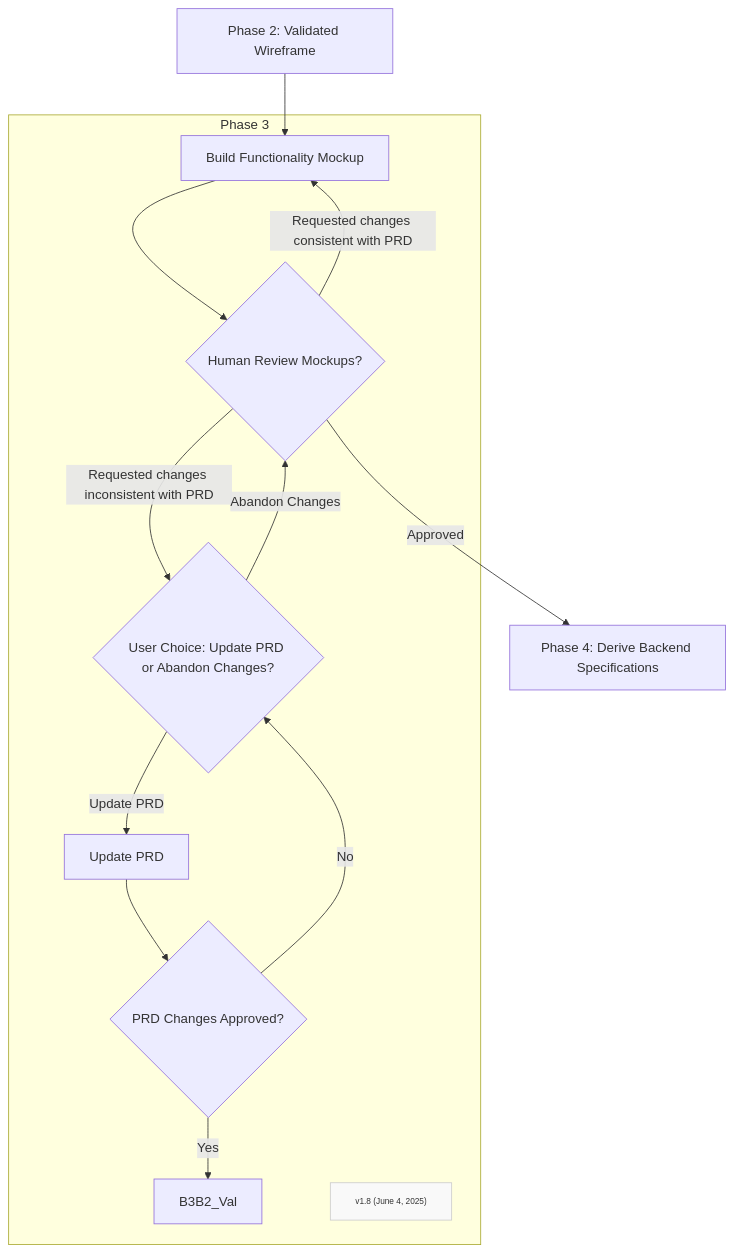
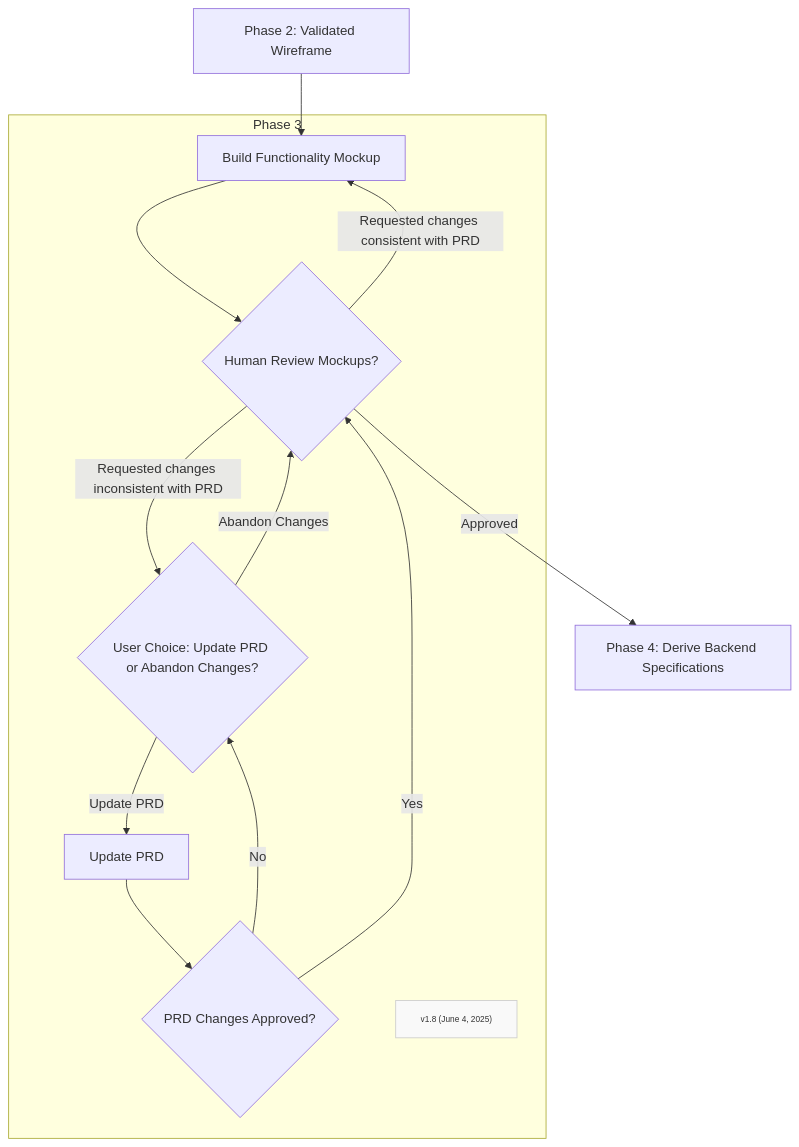
The diagram in Phases/FF-phase3.md (Mharbulous/Front-First-Method), drawn with Mermaid before and after one commit.

Commit message:
Refinement of phase 3 diagram

````diff
--- a/Phases/FF-phase3.md
+++ b/Phases/FF-phase3.md
@@ -2,23 +2,23 @@
 ```mermaid
 graph TD
     B1["Phase 2: Validated Wireframe"] --> B2["Build Functionality Mockup"]
 
     subgraph Phase3["Phase 3"]
         B2 --> B2_Val{"Human Review Mockups?"}
         
         B2_Val -->|Requested changes inconsistent with PRD| B2_User_Choice{"User Choice: Update PRD or Abandon Changes?"}
         B2_Val -->|Requested changes consistent with PRD| B2
 
         B2_User_Choice -->|Update PRD| B2_PRD_Update["Update PRD"]
         B2_User_Choice -->|Abandon Changes| B2_Val
         B2_PRD_Update --> B2_PRD_Approved{"PRD Changes Approved?"}
         B2_PRD_Approved -->|No| B2_User_Choice
-        B2_PRD_Approved -->|Yes| B3B2_Val
+        B2_PRD_Approved -->|Yes| B2_Val
 
         Version["v1.8 (June 4, 2025)"]
         classDef version fill:#f9f9f9,stroke:#ccc,font-size:10px
         class Version version
     end
 
     B2_Val -->|Approved| B3["Phase 4: Derive Backend Specifications"]
 ```
````
